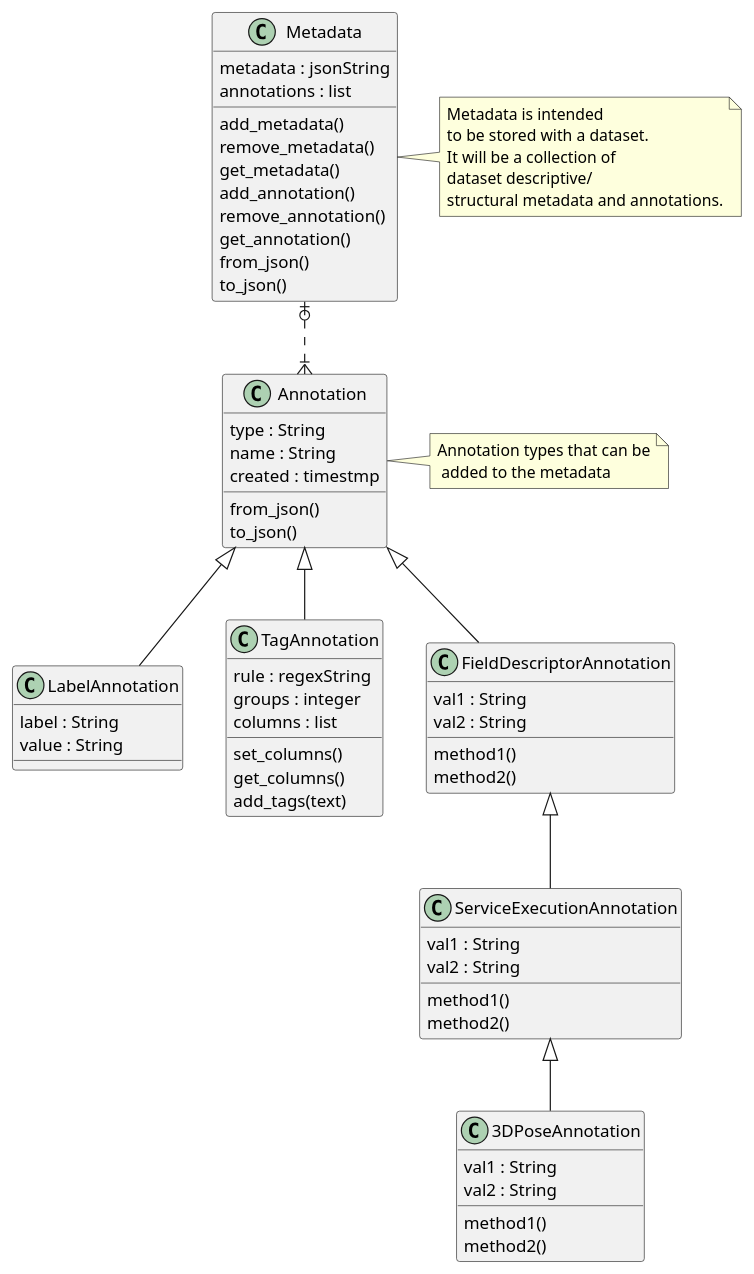
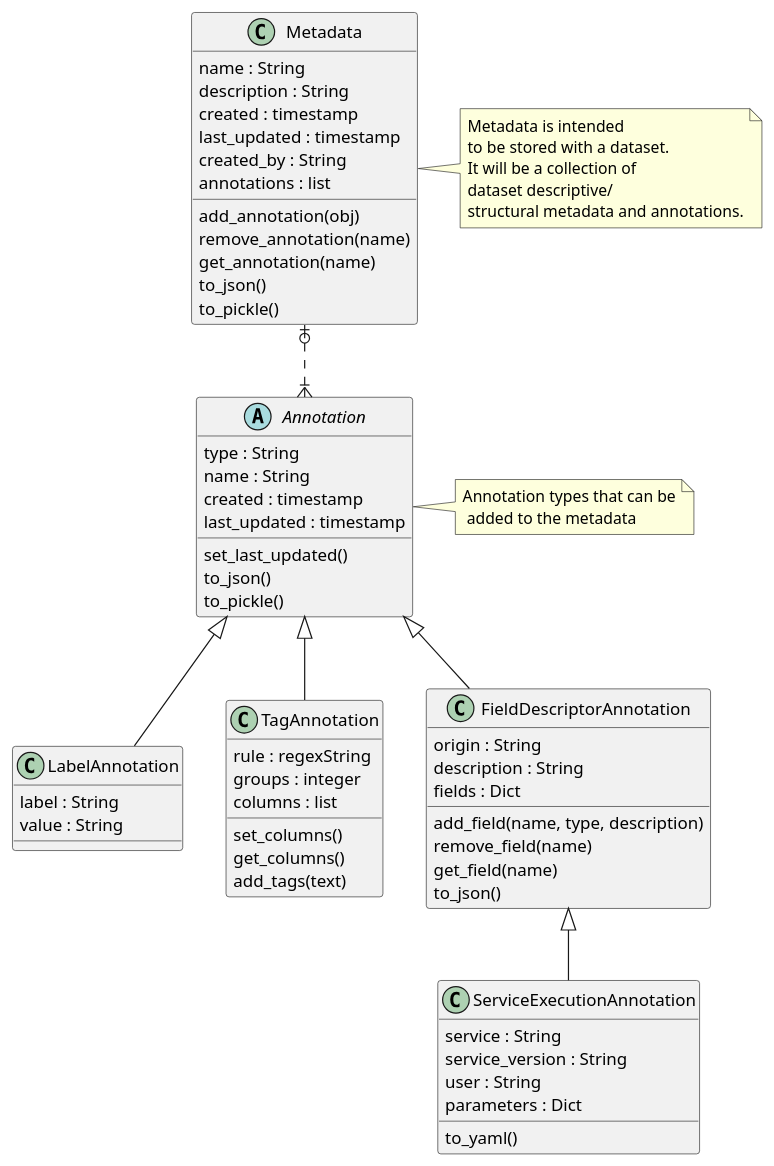
The diagram in docs/data-manager-metadata.puml (InformaticsMatters/squonk2-data-manager-metadata), drawn with PlantUML before and after one commit. The commit also changed 4 other files, not shown here.

```diff
--- a/docs/data-manager-metadata.puml
+++ b/docs/data-manager-metadata.puml
@@ -1,66 +1,65 @@
 @startuml
 class Metadata {
-    metadata : jsonString
+    name : String
+    description : String
+    created : timestamp
+    last_updated : timestamp
+    created_by : String
     annotations : list
-    add_metadata()
-    remove_metadata()
-    get_metadata()
-    add_annotation()
-    remove_annotation()
-    get_annotation()
-    from_json()
+    add_annotation(obj)
+    remove_annotation(name)
+    get_annotation(name)
     to_json()
+    to_pickle()
 }
 note right: Metadata is intended\nto be stored with a dataset.\nIt will be a collection of\ndataset descriptive/\nstructural metadata and annotations.
 
-class Annotation {
+abstract class Annotation {
     type : String
     name : String
-    created : timestmp
-    from_json()
+    created : timestamp
+    last_updated : timestamp
+    set_last_updated()
     to_json()
+    to_pickle()
 }
 note right: Annotation types that can be\n added to the metadata
 
 class LabelAnnotation {
     label : String
     value : String
 }
 
 class TagAnnotation {
     rule : regexString
     groups : integer
     columns : list
     set_columns()
     get_columns()
     add_tags(text)
 }
 
 class FieldDescriptorAnnotation {
-    val1 : String
-    val2 : String
-    method1()
-    method2()
+    origin : String
+    description : String
+    fields : Dict
+    add_field(name, type, description)
+    remove_field(name)
+    get_field(name)
+    to_json()
 }
 
 class ServiceExecutionAnnotation {
-    val1 : String
-    val2 : String
-    method1()
-    method2()
-}
-
-class 3DPoseAnnotation {
-    val1 : String
-    val2 : String
-    method1()
-    method2()
+    service : String
+    service_version : String
+    user : String
+    parameters : Dict
+    to_yaml()
 }
 
 Metadata  |o..|{   Annotation
 Annotation <|-- LabelAnnotation
 Annotation <|-- TagAnnotation
 Annotation <|-- FieldDescriptorAnnotation
 FieldDescriptorAnnotation <|-- ServiceExecutionAnnotation
-ServiceExecutionAnnotation <|-- 3DPoseAnnotation
 @enduml
```
